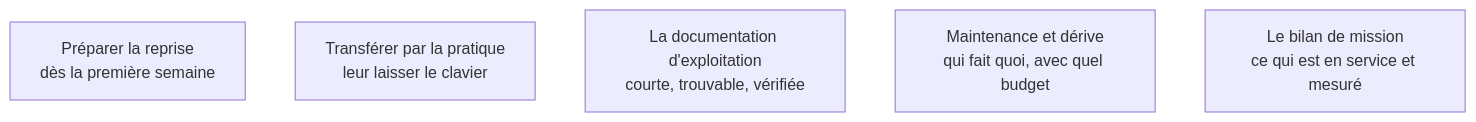
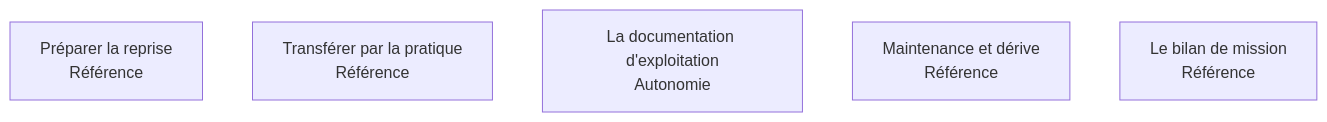
One commit to floSa/Atlas-Metiers-Roadmaps changed the diagram in content/parcours/forward-deployed-engineer/sortie-de-mission/index.md. Above: the diagram before and after it, drawn with Mermaid. The commit also changed 5 other files, not shown here.

````diff
--- a/content/parcours/forward-deployed-engineer/sortie-de-mission/index.md
+++ b/content/parcours/forward-deployed-engineer/sortie-de-mission/index.md
@@ -11,14 +11,14 @@
 ```mermaid
 flowchart TD
-  P["Préparer la reprise<br/>dès la première semaine"]
-  T["Transférer par la pratique<br/>leur laisser le clavier"]
-  D["La documentation d'exploitation<br/>courte, trouvable, vérifiée"]
-  M["Maintenance et dérive<br/>qui fait quoi, avec quel budget"]
-  B["Le bilan de mission<br/>ce qui est en service et mesuré"]
+  P["Préparer la reprise<br/>Référence"]
+  T["Transférer par la pratique<br/>Référence"]
+  D["La documentation d'exploitation<br/>Autonomie"]
+  M["Maintenance et dérive<br/>Référence"]
+  B["Le bilan de mission<br/>Référence"]
 
   click P "/parcours/forward-deployed-engineer/sortie-de-mission/preparer-la-reprise"
   click T "/parcours/forward-deployed-engineer/sortie-de-mission/transferer-par-la-pratique"
   click D "/parcours/forward-deployed-engineer/sortie-de-mission/documentation-d-exploitation"
   click M "/parcours/forward-deployed-engineer/sortie-de-mission/maintenance-et-derive"
   click B "/parcours/forward-deployed-engineer/sortie-de-mission/bilan-de-mission"
 ```
````
